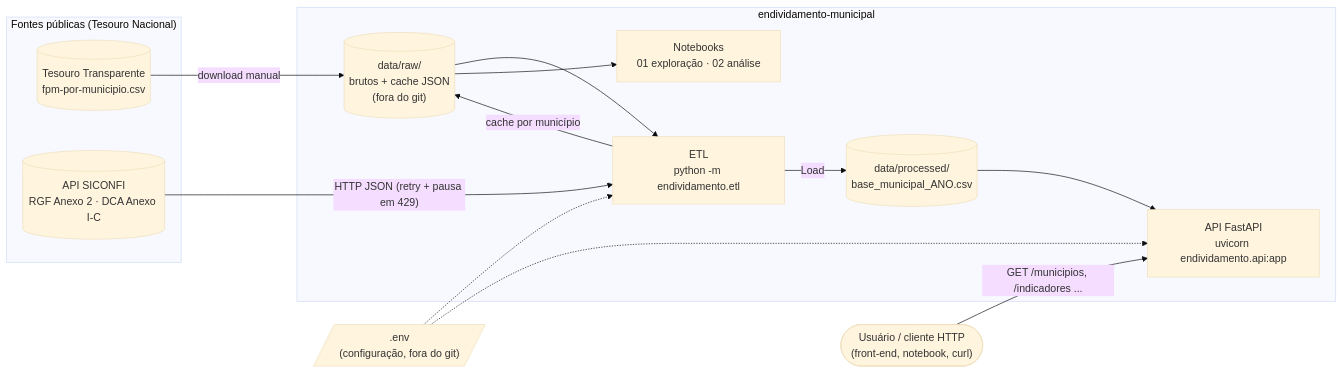
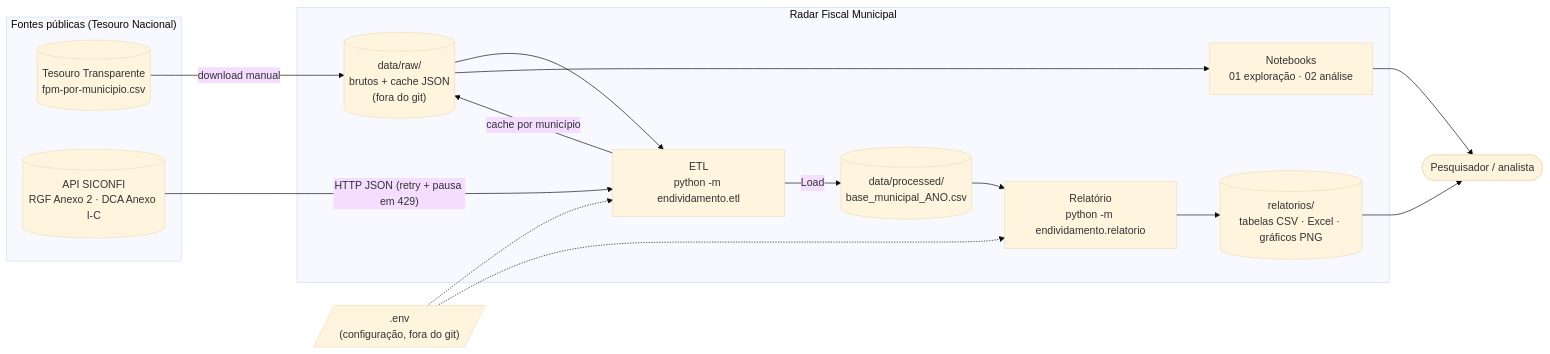
One commit to marcosguida/endividamento-municipal changed the first of 6 diagrams in docs/arquitetura.md. Above: the diagram before and after it, drawn with Mermaid (base theme). The commit also changed other lines of this file, not shown here.

Commit message:
docs(arquitetura): atualiza diagramas para o fluxo de análise de dados

````diff
--- a/docs/arquitetura.md
+++ b/docs/arquitetura.md
@@ -10,30 +10,32 @@
 ```mermaid
 flowchart LR
-    usuario(["Usuário / cliente HTTP<br/>(front-end, notebook, curl)"])
+    analista(["Pesquisador / analista"])
 
     subgraph fontes["Fontes públicas (Tesouro Nacional)"]
         tt[("Tesouro Transparente<br/>fpm-por-municipio.csv")]
         siconfi[("API SICONFI<br/>RGF Anexo 2 · DCA Anexo I-C")]
     end
 
-    subgraph sistema["endividamento-municipal"]
+    subgraph projeto["Radar Fiscal Municipal"]
         etl["ETL<br/>python -m endividamento.etl"]
         raw[("data/raw/<br/>brutos + cache JSON<br/>(fora do git)")]
         base[("data/processed/<br/>base_municipal_ANO.csv")]
-        api["API FastAPI<br/>uvicorn endividamento.api:app"]
+        rel["Relatório<br/>python -m endividamento.relatorio"]
+        out[("relatorios/<br/>tabelas CSV · Excel · gráficos PNG")]
         nb["Notebooks<br/>01 exploração · 02 análise"]
     end
 
     env[/".env<br/>(configuração, fora do git)"/]
 
     tt -- "download manual" --> raw
     siconfi -- "HTTP JSON (retry + pausa em 429)" --> etl
     raw --> etl
     etl -- "cache por município" --> raw
     etl -- "Load" --> base
-    base --> api
+    base --> rel --> out
     raw --> nb
     env -.-> etl
-    env -.-> api
-    usuario -- "GET /municipios, /indicadores ..." --> api
+    env -.-> rel
+    out --> analista
+    nb --> analista
 ```
````
